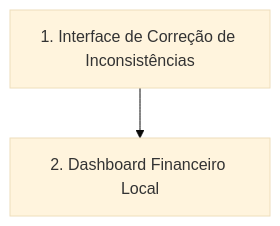
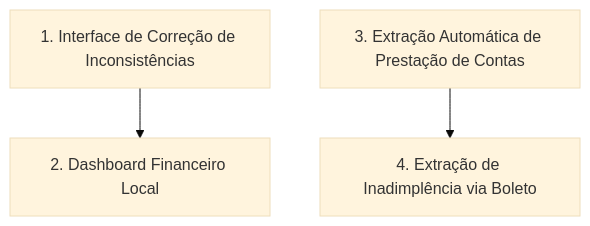
Before and after one commit to steffmartin/winker-scrapper: the diagram in proximos_passos.md, drawn with Mermaid (base theme). The commit also changed other lines of this file and 6 other files, not shown here.

````diff
--- a/proximos_passos.md
+++ b/proximos_passos.md
@@ -27,4 +28,5 @@
 ```mermaid
 graph TD
     B[1. Interface de Correção de Inconsistências] --> C[2. Dashboard Financeiro Local]
+    D[3. Extração Automática de Prestação de Contas] --> G[4. Extração de Inadimplência via Boleto]
 ```
````
